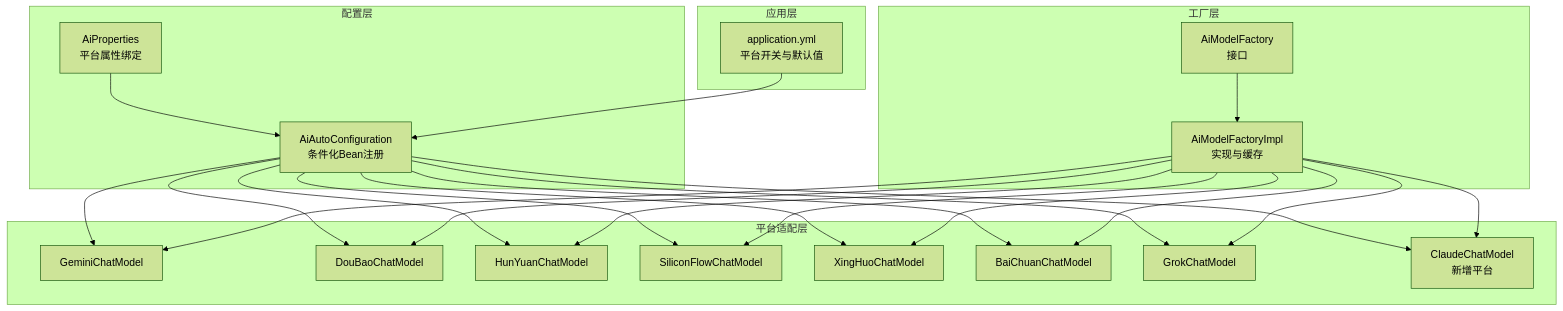
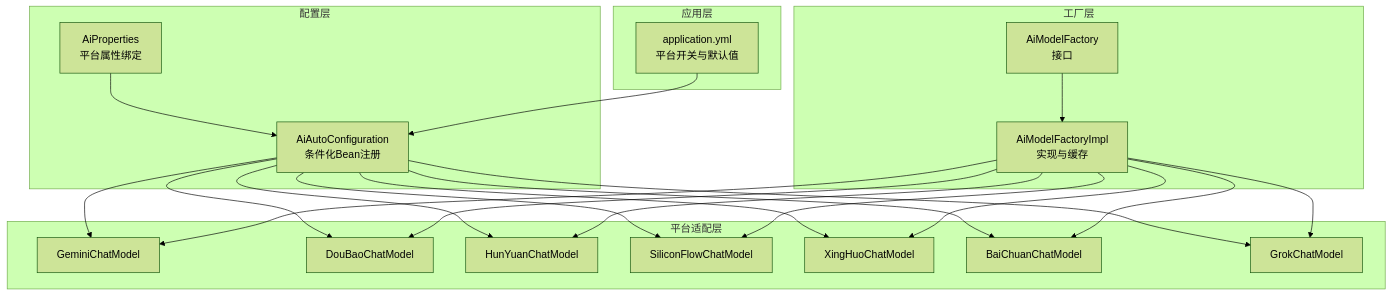
Before and after one commit to X555LB/data-ai: the first of 4 diagrams in .qoder/repowiki/zh/content/AI模型管理/AI平台集成.md, drawn with Mermaid (forest theme). The commit also changed other lines of this file and 11 other files, not shown here.

````diff
--- a/.qoder/repowiki/zh/content/AI模型管理/AI平台集成.md
+++ b/.qoder/repowiki/zh/content/AI模型管理/AI平台集成.md
@@ -54,43 +53,40 @@
 ```mermaid
 graph TB
 subgraph "配置层"
 AP["AiProperties<br/>平台属性绑定"]
 AC["AiAutoConfiguration<br/>条件化Bean注册"]
 end
 subgraph "工厂层"
 AF["AiModelFactory<br/>接口"]
 AFImpl["AiModelFactoryImpl<br/>实现与缓存"]
 end
 subgraph "平台适配层"
 GEM["GeminiChatModel"]
 DOUB["DouBaoChatModel"]
 HUNY["HunYuanChatModel"]
 SIL["SiliconFlowChatModel"]
 XH["XingHuoChatModel"]
 BC["BaiChuanChatModel"]
 GR["GrokChatModel"]
-CLA["ClaudeChatModel<br/>新增平台"]
 end
 subgraph "应用层"
 APP["application.yml<br/>平台开关与默认值"]
 end
 AP --> AC
 AC --> GEM
 AC --> DOUB
 AC --> HUNY
 AC --> SIL
 AC --> XH
 AC --> BC
 AC --> GR
-AC --> CLA
 AF --> AFImpl
 AFImpl --> GEM
 AFImpl --> DOUB
 AFImpl --> HUNY
 AFImpl --> SIL
 AFImpl --> XH
 AFImpl --> BC
 AFImpl --> GR
-AFImpl --> CLA
 APP --> AC
 ```
````
